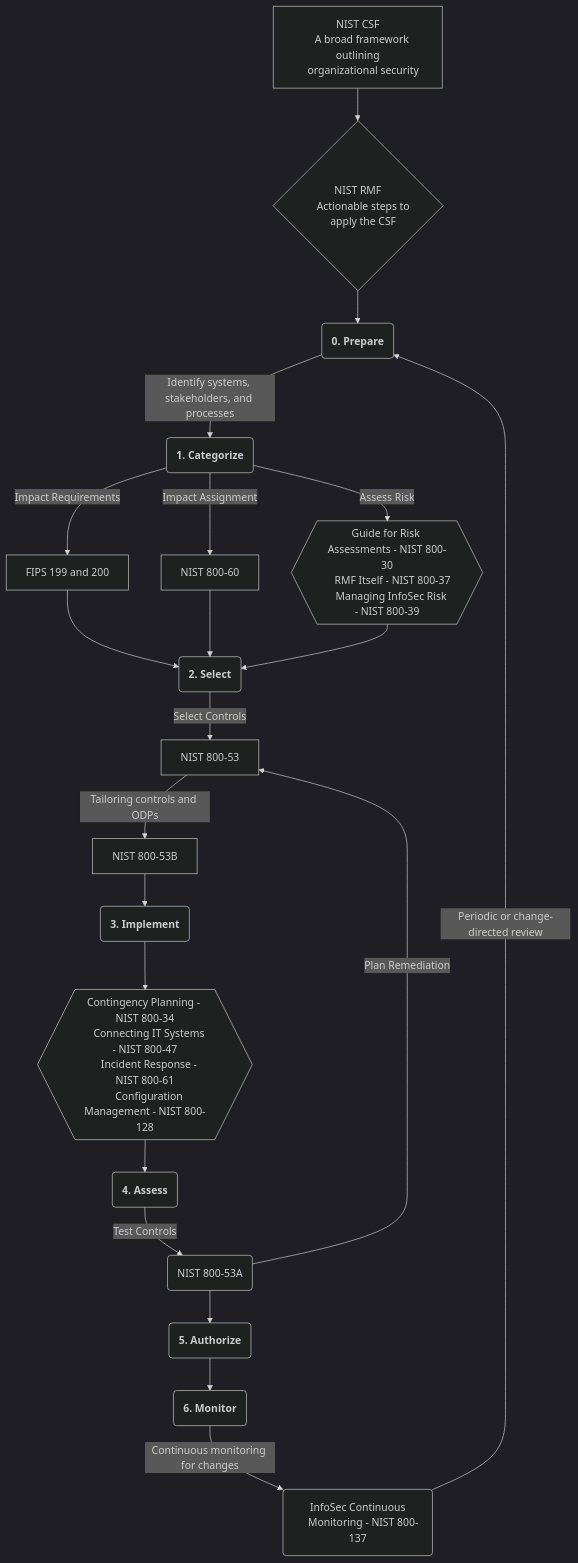
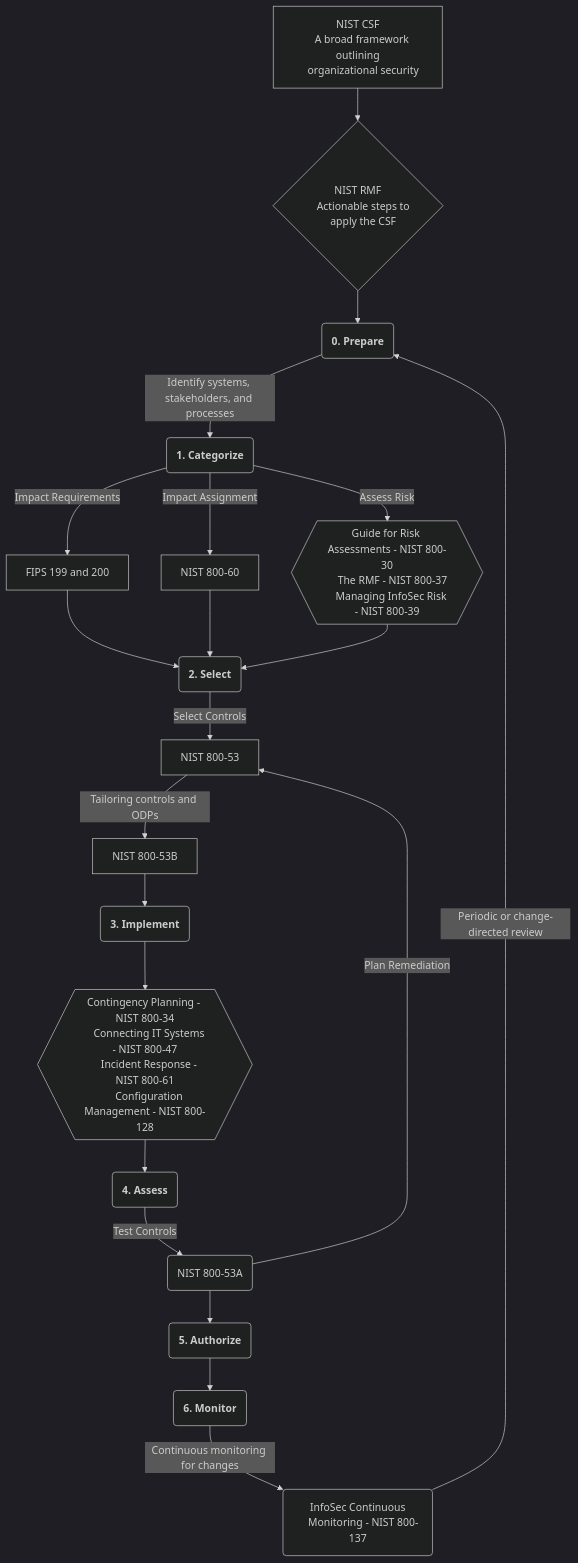
Before and after one commit to WiseGuru/MaxwellCTI: the diagram in src/site/notes/Security Frameworks/NIST/NIST Frameworks and SPs Overview.md, drawn with Mermaid (dark theme). The commit also changed other lines of this file, not shown here.

Commit message:
Update content src/site/notes/Security Frameworks/NIST/NIST Frameworks and SPs Overview.md

````diff
--- a/src/site/notes/Security Frameworks/NIST/NIST Frameworks and SPs Overview.md
+++ b/src/site/notes/Security Frameworks/NIST/NIST Frameworks and SPs Overview.md
@@ -16,37 +21,37 @@
 ```mermaid
 flowchart TD
     A["NIST CSF
     A broad framework outlining
     organizational security"] --> B{"NIST RMF
     Actionable steps to
     apply the CSF"}
   
     B --> Z("`**0. Prepare**`")
   
     Z --> |Identify systems, stakeholders, and processes| C("`**1. Categorize**`")
     C --> |Impact Requirements| D[FIPS 199 and 200]
     C --> |Impact Assignment| E[NIST 800-60]
     C --> |Assess Risk| P{{"Guide for Risk Assessments - NIST 800-30
-    RMF Itself - NIST 800-37
+    The RMF - NIST 800-37
     Managing InfoSec Risk - NIST 800-39"}}
   
     D & E & P --> F("`**2. Select**`")
     F --> |Select Controls| G[NIST 800-53]
     G --> |Tailoring controls and ODPs| S[NIST 800-53B]
   
     S --> H("`**3. Implement**`")
     H --> I{{"Contingency Planning - NIST 800-34
     Connecting IT Systems - NIST 800-47
     Incident Response - NIST 800-61
     Configuration Management - NIST 800-128"}}
   
     I --> M("`**4. Assess**`")
     M --> |Test Controls| R("NIST 800-53A")
     R --> |Plan Remediation| G
  
     R --> N("`**5. Authorize**`")
     N --> O("`**6. Monitor**`")
     O --> |Continuous monitoring for changes| Q("InfoSec Continuous
     Monitoring - NIST 800-137")
     Q --> |Periodic or change-directed review| Z
 ```
````
